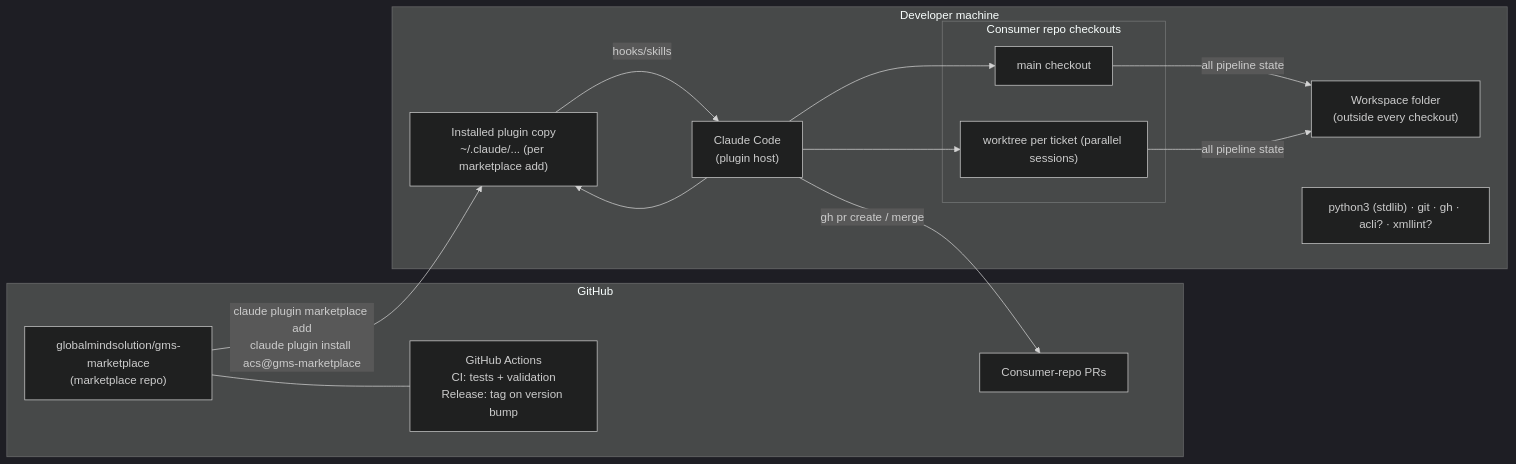
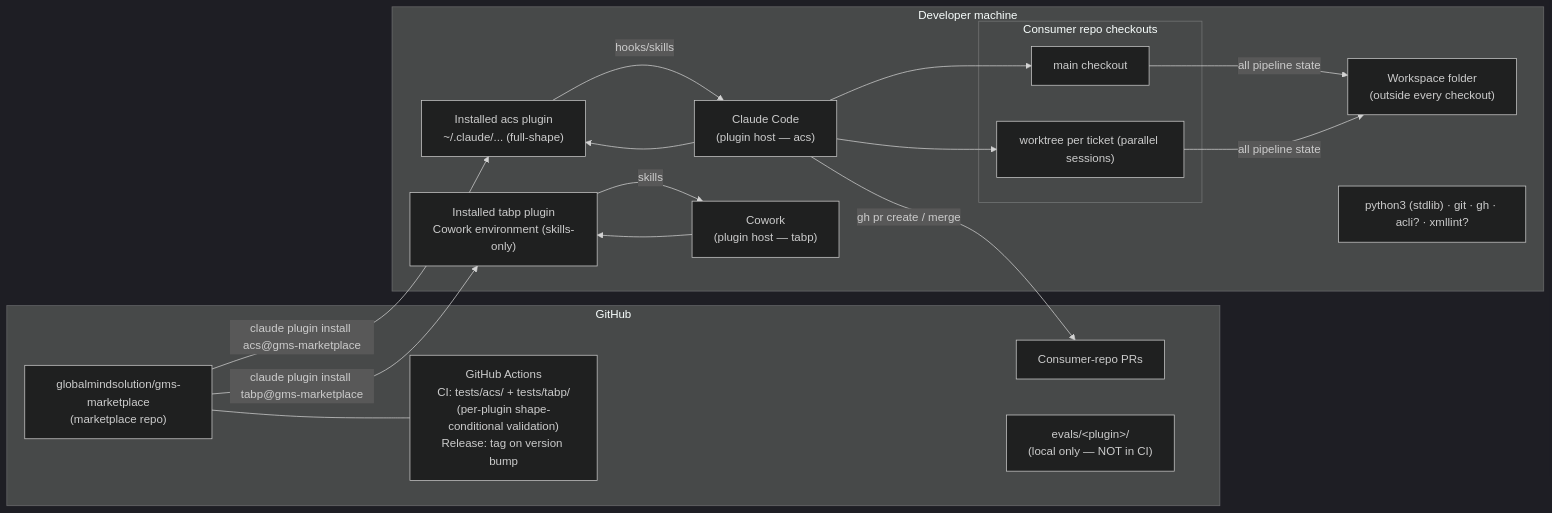
One commit to globalmindsolution/gms-marketplace changed the diagram in docs/architecture/hld/deployment.md. Above: the diagram before and after it, drawn with Mermaid (dark theme). The commit also changed other lines of this file and 4 other files, not shown here.

Commit message:
MAR-31 reframe architecture HLD doc-set for multi-plugin marketplace + tech-stack skills drift

````diff
--- a/docs/architecture/hld/deployment.md
+++ b/docs/architecture/hld/deployment.md
@@ -3,27 +3,33 @@
 ```mermaid
 flowchart LR
     subgraph github["GitHub"]
         MR["globalmindsolution/gms-marketplace<br/>(marketplace repo)"]
-        ACT["GitHub Actions<br/>CI: tests + validation<br/>Release: tag on version bump"]
+        ACT["GitHub Actions<br/>CI: tests/acs/ + tests/tabp/<br/>(per-plugin shape-conditional validation)<br/>Release: tag on version bump"]
         PRS["Consumer-repo PRs"]
+        EVALS["evals/&lt;plugin&gt;/<br/>(local only — NOT in CI)"]
     end
 
     subgraph machine["Developer machine"]
-        CC["Claude Code<br/>(plugin host)"]
-        PI["Installed plugin copy<br/>~/.claude/... (per marketplace add)"]
+        CC["Claude Code<br/>(plugin host — acs)"]
+        CW["Cowork<br/>(plugin host — tabp)"]
+        PI_ACS["Installed acs plugin<br/>~/.claude/... (full-shape)"]
+        PI_TABP["Installed tabp plugin<br/>Cowork environment (skills-only)"]
         subgraph checkouts["Consumer repo checkouts"]
             CO1["main checkout"]
             CO2["worktree per ticket (parallel sessions)"]
         end
         WS["Workspace folder<br/>(outside every checkout)"]
         PY["python3 (stdlib) · git · gh · acli? · xmllint?"]
     end
 
-    MR -- "claude plugin marketplace add<br/>claude plugin install acs@gms-marketplace" --> PI
+    MR -- "claude plugin install acs@gms-marketplace" --> PI_ACS
+    MR -- "claude plugin install tabp@gms-marketplace" --> PI_TABP
     MR --- ACT
-    CC --> PI
-    PI -- hooks/skills --> CC
+    CC --> PI_ACS
+    PI_ACS -- hooks/skills --> CC
+    CW --> PI_TABP
+    PI_TABP -- skills --> CW
     CC --> CO1 & CO2
     CO1 & CO2 -- "all pipeline state" --> WS
     CC -- "gh pr create / merge" --> PRS
 ```
````
